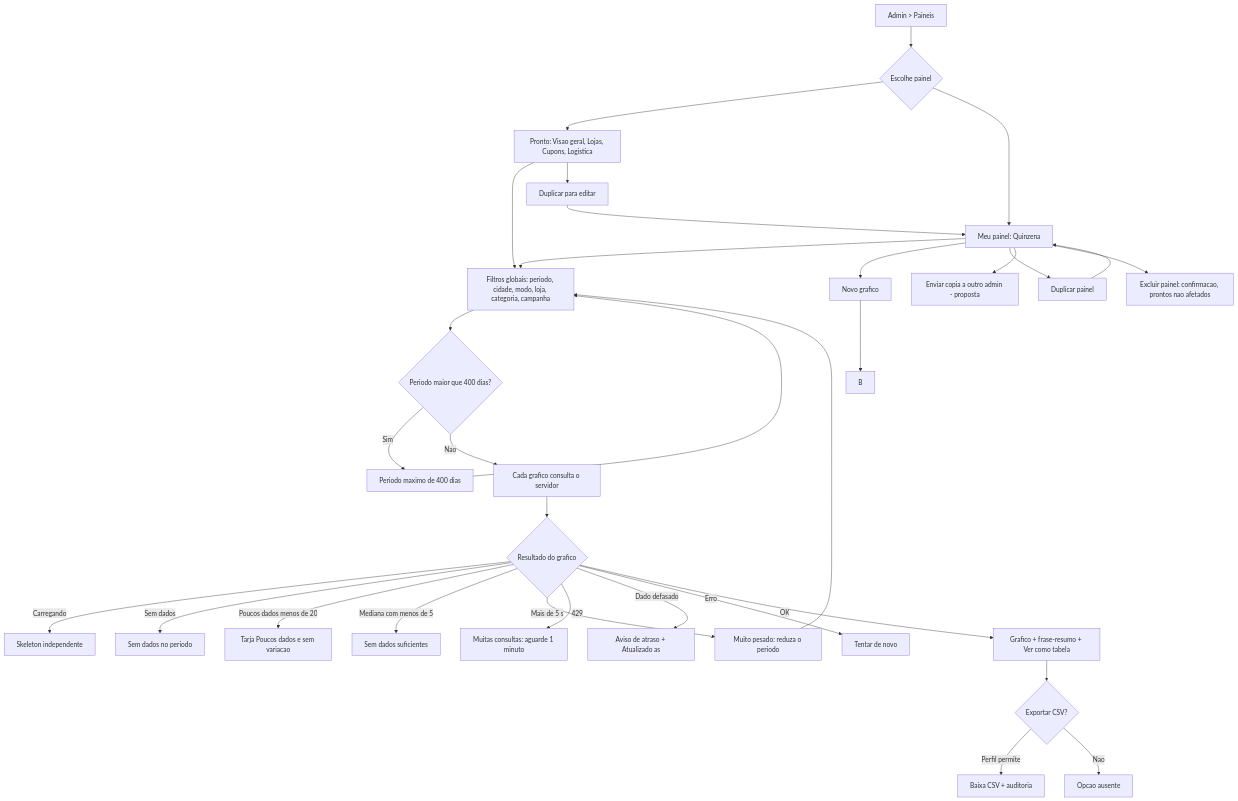
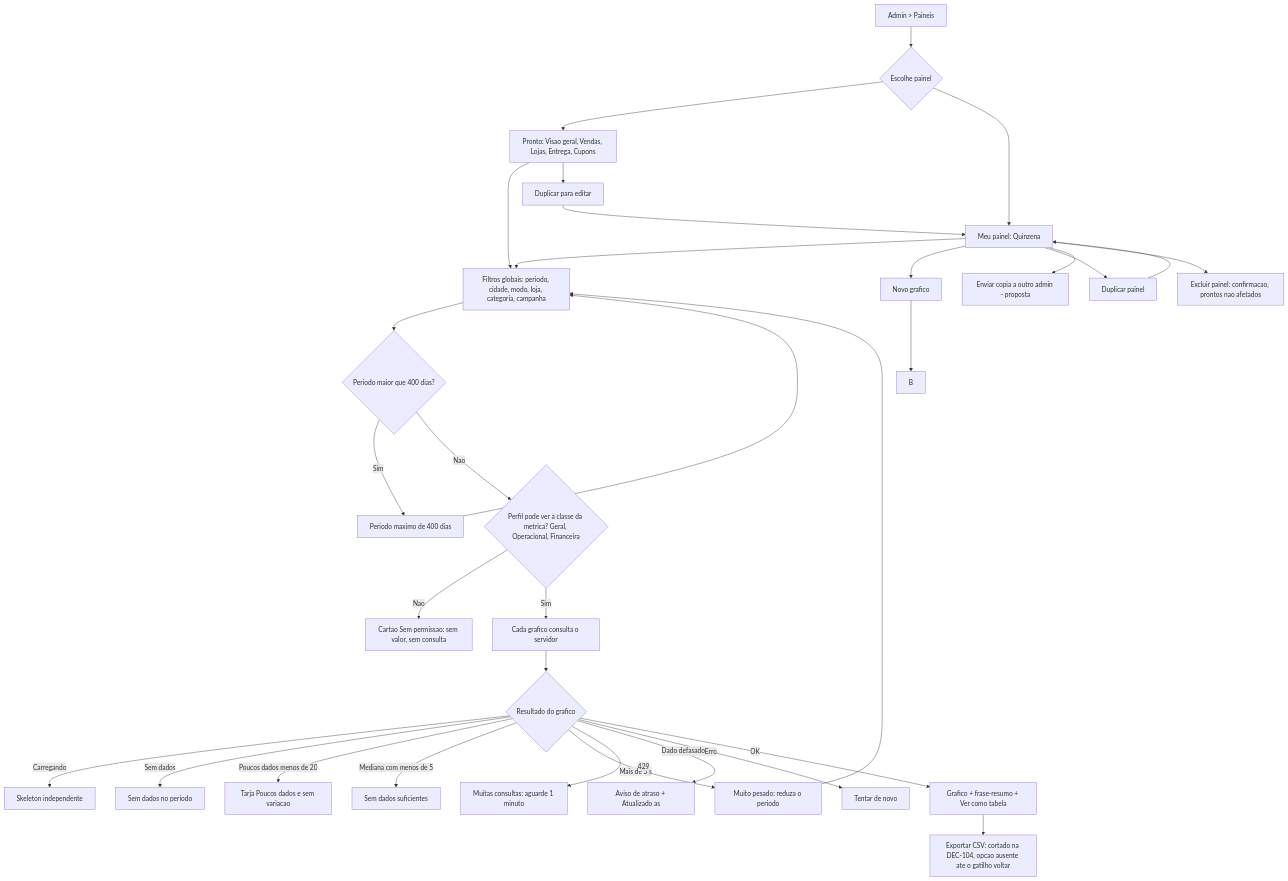
The first of 2 diagrams in docs/design/fluxos/v1-1-paineis.md (yagogavilan/webag), drawn with Mermaid before and after one commit. The commit also changed other lines of this file and 9 other files, not shown here.

````diff
--- a/docs/design/fluxos/v1-1-paineis.md
+++ b/docs/design/fluxos/v1-1-paineis.md
@@ -7,29 +7,29 @@
 ```mermaid
 flowchart TD
   A[Admin > Paineis] --> P{Escolhe painel}
-  P --> PR[Pronto: Visao geral, Lojas, Cupons, Logistica]
+  P --> PR[Pronto: Visao geral, Vendas, Lojas, Entrega, Cupons]
   P --> MY[Meu painel: Quinzena]
   PR --> FL[Filtros globais: periodo, cidade, modo, loja, categoria, campanha]
   MY --> FL
   FL --> PD{Periodo maior que 400 dias?}
   PD -->|Sim| PD1[Periodo maximo de 400 dias] --> FL
-  PD -->|Nao| Q[Cada grafico consulta o servidor]
+  PD -->|Nao| PM0{Perfil pode ver a classe da metrica? Geral, Operacional, Financeira}
+  PM0 -->|Nao| BLK[Cartao Sem permissao: sem valor, sem consulta]
+  PM0 -->|Sim| Q[Cada grafico consulta o servidor]
   Q --> ST{Resultado do grafico}
   ST -->|Carregando| ST1[Skeleton independente]
   ST -->|Sem dados| ST2[Sem dados no periodo]
   ST -->|Poucos dados menos de 20| ST3[Tarja Poucos dados e sem variacao]
   ST -->|Mediana com menos de 5| ST4[Sem dados suficientes]
   ST -->|Mais de 5 s| ST5[Muito pesado: reduza o periodo] --> FL
   ST -->|429| ST6[Muitas consultas: aguarde 1 minuto]
   ST -->|Dado defasado| ST7[Aviso de atraso + Atualizado as]
   ST -->|Erro| ST8[Tentar de novo]
   ST -->|OK| OK[Grafico + frase-resumo + Ver como tabela]
   PR --> DUP[Duplicar para editar] --> MY
   MY --> NG[Novo grafico] --> B
   MY --> DP[Duplicar painel] --> MY
   MY --> EC[Enviar copia a outro admin - proposta] 
   MY --> DEL[Excluir painel: confirmacao, prontos nao afetados]
-  OK --> EXP{Exportar CSV?}
-  EXP -->|Perfil permite| EXP1[Baixa CSV + auditoria]
-  EXP -->|Nao| EXP2[Opcao ausente]
+  OK --> EXP[Exportar CSV: cortado na DEC-104, opcao ausente ate o gatilho voltar]
 ```
````
